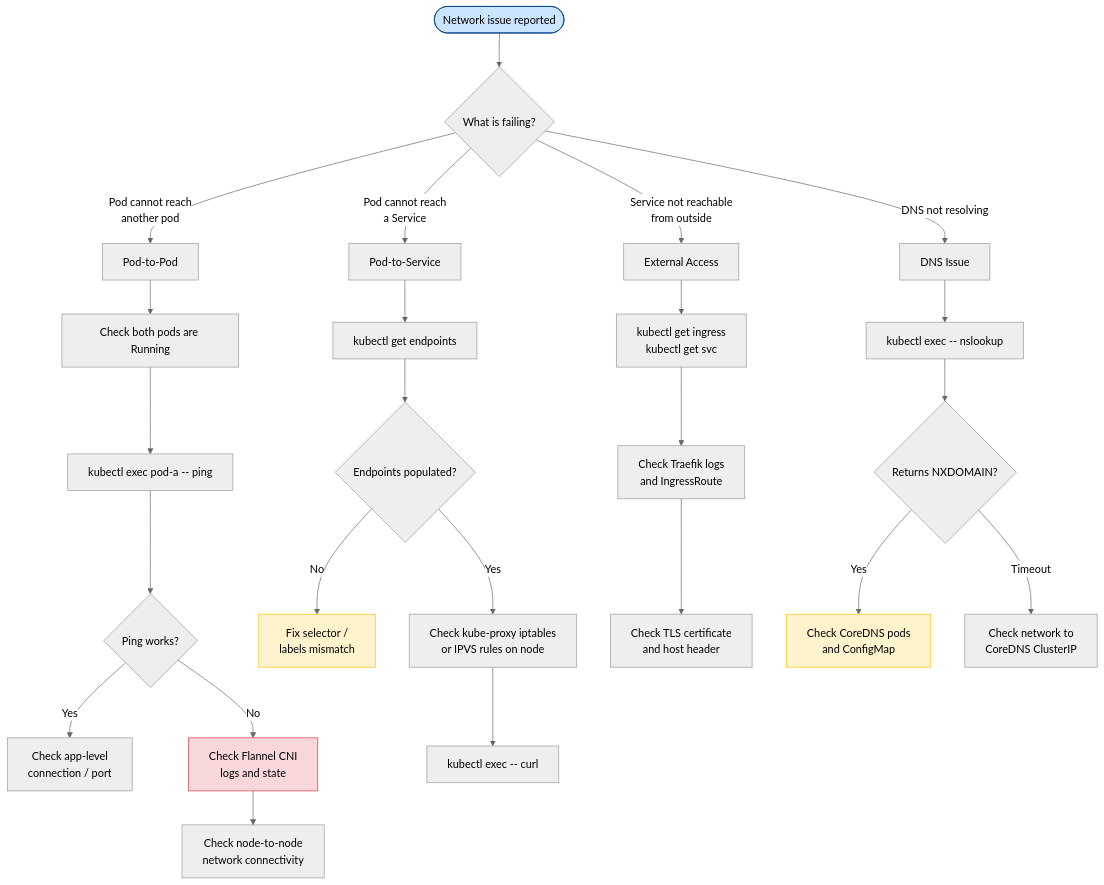
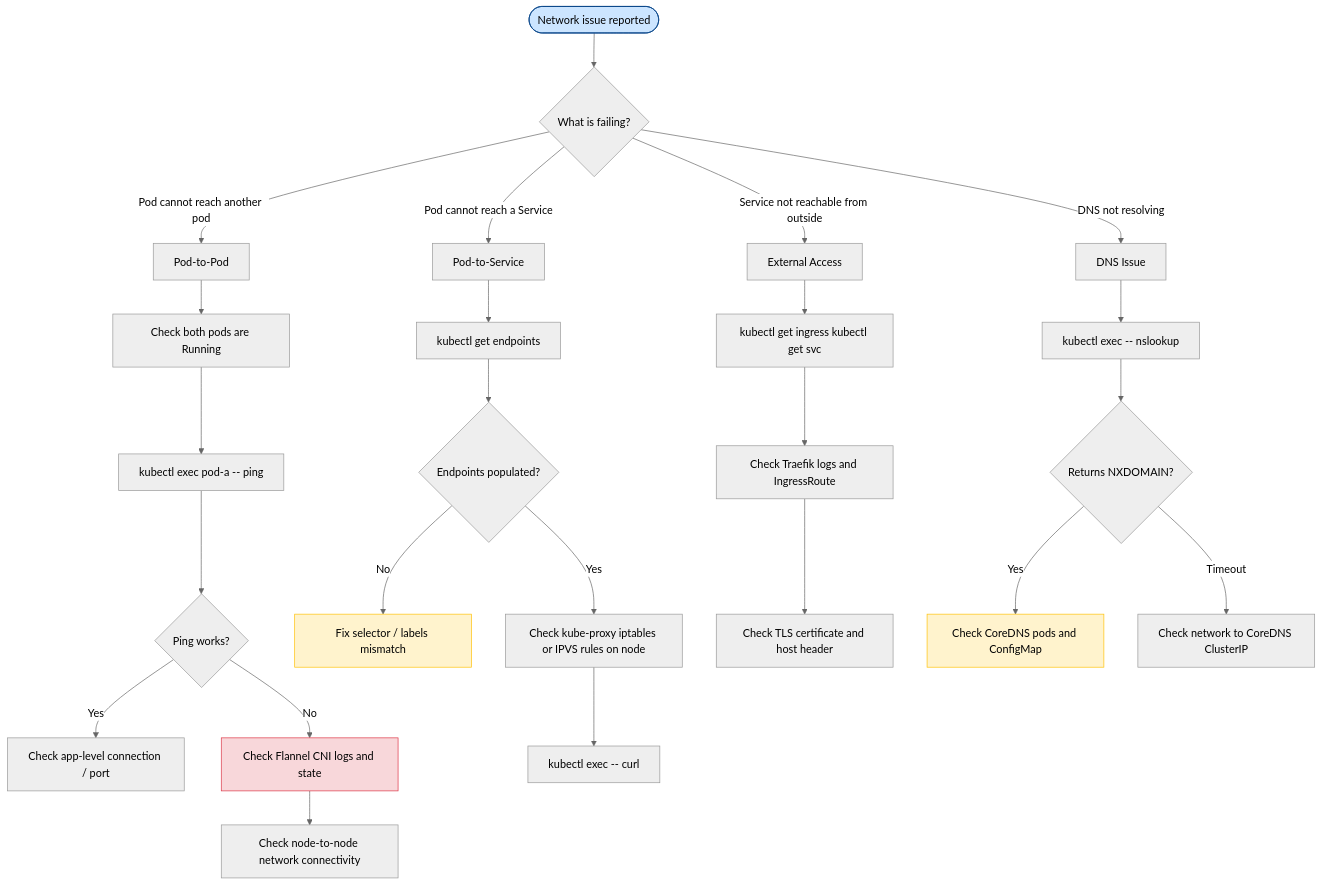
The diagram in 15_troubleshooting/04_network_debugging.md (UncleJS/course_k3s), drawn with Mermaid (neutral theme) before and after one commit. The commit also changed 57 other files, not shown here.

````diff
--- a/15_troubleshooting/04_network_debugging.md
+++ b/15_troubleshooting/04_network_debugging.md
@@ -19,36 +19,36 @@
 ```mermaid
 flowchart TD
     Start([Network issue reported]) --> Classify{What is failing?}
 
-    Classify -->|Pod cannot reach\nanother pod| PP[Pod-to-Pod]
-    Classify -->|Pod cannot reach\na Service| PS[Pod-to-Service]
-    Classify -->|Service not reachable\nfrom outside| EXT[External Access]
+    Classify -->|Pod cannot reach another pod| PP[Pod-to-Pod]
+    Classify -->|Pod cannot reach a Service| PS[Pod-to-Service]
+    Classify -->|Service not reachable from outside| EXT[External Access]
     Classify -->|DNS not resolving| DNS[DNS Issue]
 
     PP --> PP1[Check both pods are Running]
     PP1 --> PP2[kubectl exec pod-a -- ping <pod-b-ip>]
     PP2 --> PP3{Ping works?}
-    PP3 -->|Yes| PP4[Check app-level\nconnection / port]
-    PP3 -->|No| PP5[Check Flannel CNI\nlogs and state]
-    PP5 --> PP6[Check node-to-node\nnetwork connectivity]
+    PP3 -->|Yes| PP4[Check app-level connection / port]
+    PP3 -->|No| PP5[Check Flannel CNI logs and state]
+    PP5 --> PP6[Check node-to-node network connectivity]
 
     PS --> PS1[kubectl get endpoints <svc>]
     PS1 --> PS2{Endpoints populated?}
-    PS2 -->|No| PS3[Fix selector /\nlabels mismatch]
-    PS2 -->|Yes| PS4[Check kube-proxy iptables\nor IPVS rules on node]
+    PS2 -->|No| PS3[Fix selector / labels mismatch]
+    PS2 -->|Yes| PS4[Check kube-proxy iptables or IPVS rules on node]
     PS4 --> PS5[kubectl exec -- curl <svc-cluster-ip>]
 
-    EXT --> EXT1[kubectl get ingress\nkubectl get svc]
-    EXT1 --> EXT2[Check Traefik logs\nand IngressRoute]
-    EXT2 --> EXT3[Check TLS certificate\nand host header]
+    EXT --> EXT1[kubectl get ingress kubectl get svc]
+    EXT1 --> EXT2[Check Traefik logs and IngressRoute]
+    EXT2 --> EXT3[Check TLS certificate and host header]
 
     DNS --> DNS1[kubectl exec -- nslookup <svc>]
     DNS1 --> DNS2{Returns NXDOMAIN?}
-    DNS2 -->|Yes| DNS3[Check CoreDNS pods\nand ConfigMap]
-    DNS2 -->|Timeout| DNS4[Check network to\nCoreDNS ClusterIP]
+    DNS2 -->|Yes| DNS3[Check CoreDNS pods and ConfigMap]
+    DNS2 -->|Timeout| DNS4[Check network to CoreDNS ClusterIP]
 
     style Start fill:#cce5ff,stroke:#004085
     style PP5 fill:#f8d7da,stroke:#dc3545
     style PS3 fill:#fff3cd,stroke:#ffc107
     style DNS3 fill:#fff3cd,stroke:#ffc107
 ```
````
